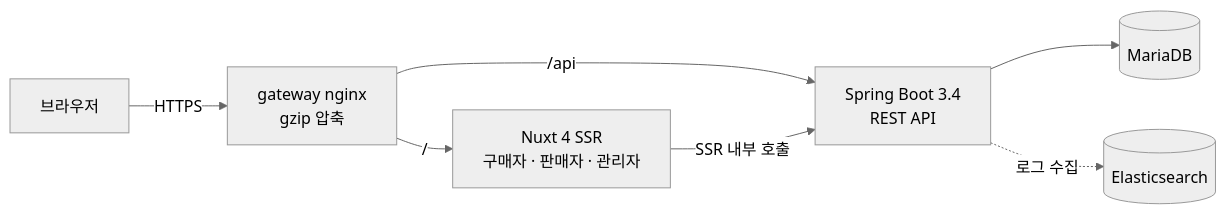
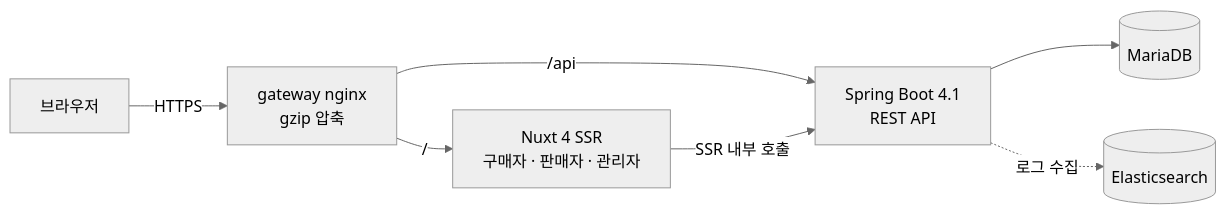
One commit to zeus721-zslab/zslab-mall changed the first of 3 diagrams in README.md. Above: the diagram before and after it, drawn with Mermaid (neutral theme). The commit also changed other lines of this file and 2 other files, not shown here.

````diff
--- a/README.md
+++ b/README.md
@@ -56,9 +58,9 @@
 ```mermaid
 flowchart LR
   U[브라우저] -->|HTTPS| G[gateway nginx<br/>gzip 압축]
   G -->|"/"| F[Nuxt 4 SSR<br/>구매자 · 판매자 · 관리자]
-  G -->|"/api"| B[Spring Boot 3.4<br/>REST API]
+  G -->|"/api"| B[Spring Boot 4.1<br/>REST API]
   F -->|SSR 내부 호출| B
   B --> DB[(MariaDB)]
   B -.->|로그 수집| ES[(Elasticsearch)]
 ```
````
